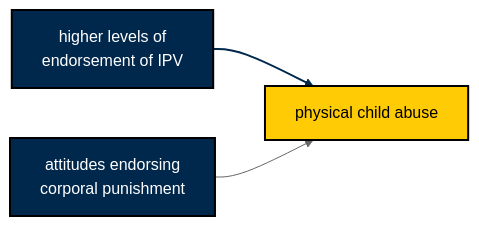
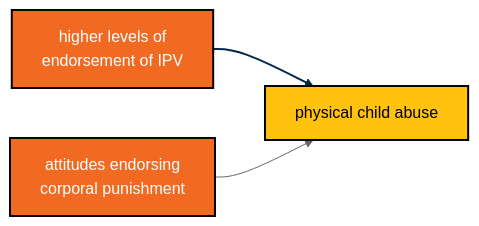
Before and after one commit to agrogan1/closeread: the second of 4 diagrams in spillover-of-violence/spillover-of-violence.qmd, drawn with Mermaid (neutral theme). The commit also changed other lines of this file and 1 other file, not shown here.

````diff
--- a/spillover-of-violence/spillover-of-violence.qmd
+++ b/spillover-of-violence/spillover-of-violence.qmd
@@ -187,15 +192,20 @@
 ```{mermaid}
 flowchart LR
   %% Nodes %%
-  classDef maize fill:#FFCB05,stroke:#000000,stroke-width:2px,color:#000000;
+  classDef yellow fill:#FFC20E,stroke:#000000,stroke-width:2px,color:#000000;
   
-  classDef blue fill:#00274C,stroke:#000000,stroke-width:2px,color:#FFFFFF;
-
-  IPV[higher levels of \nendorsement of IPV]:::blue --> pabuse[physical child abuse]:::maize
+  classDef cyan fill:#1CABE2,stroke:#000000,stroke-width:2px,color:#FFFFFF;
   
-  CP[attitudes endorsing \ncorporal punishment]:::blue --> pabuse
+  classDef red fill:#E2231A,stroke:#000000,stroke-width:2px,color:#FFFFFF;
+  
+  classDef orange fill:#F26A21,stroke:#000000,stroke-width:2px,color:#FFFFFF;
+  
+  
+  IPV[higher levels of \nendorsement of IPV]:::orange --> pabuse[physical child abuse]:::yellow
+  
+  CP[attitudes endorsing \ncorporal punishment]:::orange --> pabuse
   
   %% Links %%
   linkStyle 0 stroke:#00274C,stroke-width:2px,color:red;
 
 ```
````
